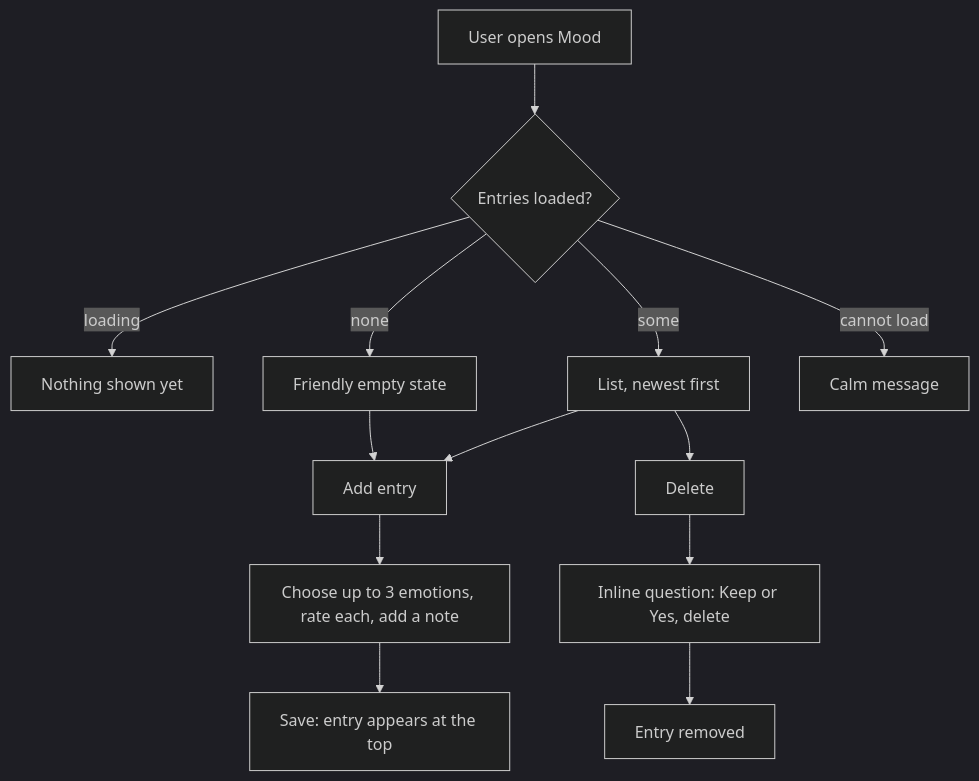
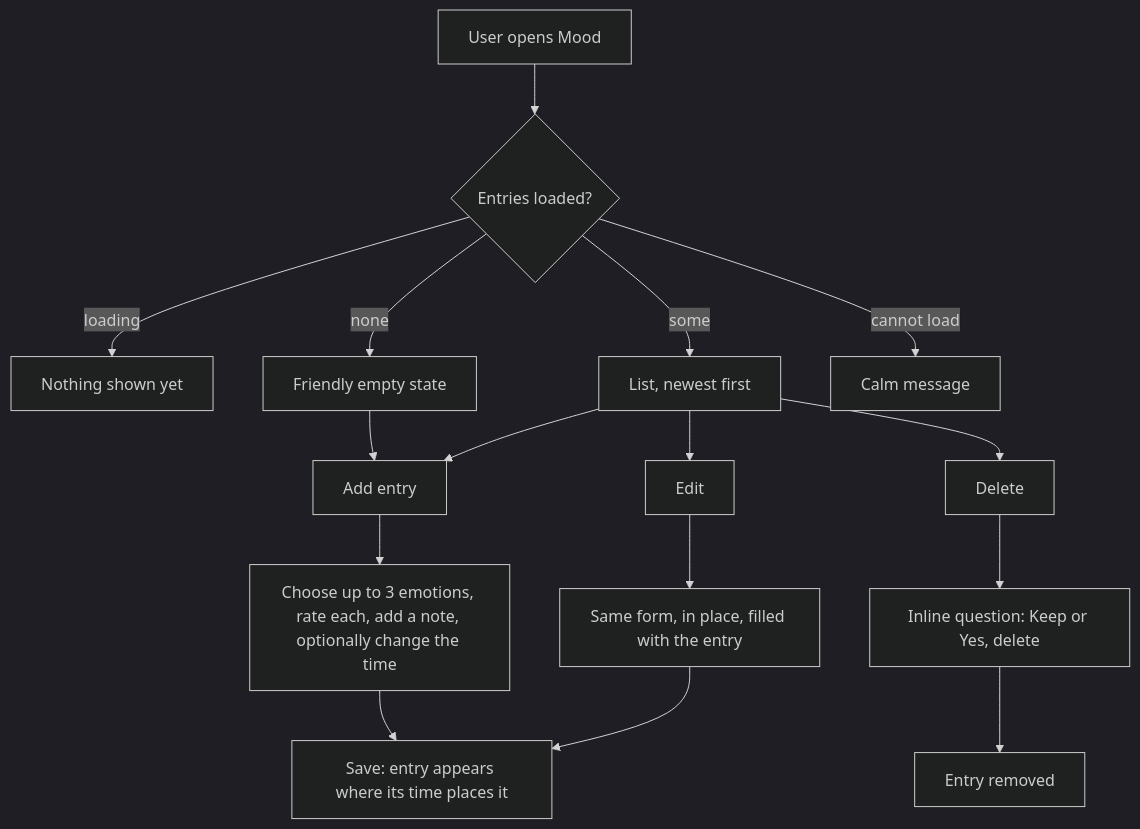
One commit to joshualauw/cebete changed the diagram in docs/specs/mood-log/spec.md. Above: the diagram before and after it, drawn with Mermaid (dark theme). The commit also changed other lines of this file and 19 other files, not shown here.

First line of the commit message:
feat: edit mood entries and choose when a feeling happened

````diff
--- a/docs/specs/mood-log/spec.md
+++ b/docs/specs/mood-log/spec.md
@@ -7,15 +7,18 @@
 ```mermaid
 flowchart TD
     A[User opens Mood] --> B{Entries loaded?}
     B -- loading --> C[Nothing shown yet]
     B -- none --> D[Friendly empty state]
     B -- some --> E[List, newest first]
     B -- cannot load --> F[Calm message]
     E --> G[Add entry]
     D --> G
-    G --> H[Choose up to 3 emotions, rate each, add a note]
-    H --> I[Save: entry appears at the top]
+    G --> H[Choose up to 3 emotions, rate each, add a note, optionally change the time]
+    H --> I[Save: entry appears where its time places it]
+    E --> M[Edit]
+    M --> N[Same form, in place, filled with the entry]
+    N --> I
     E --> J[Delete]
     J --> K[Inline question: Keep or Yes, delete]
     K --> L[Entry removed]
 ```
````
